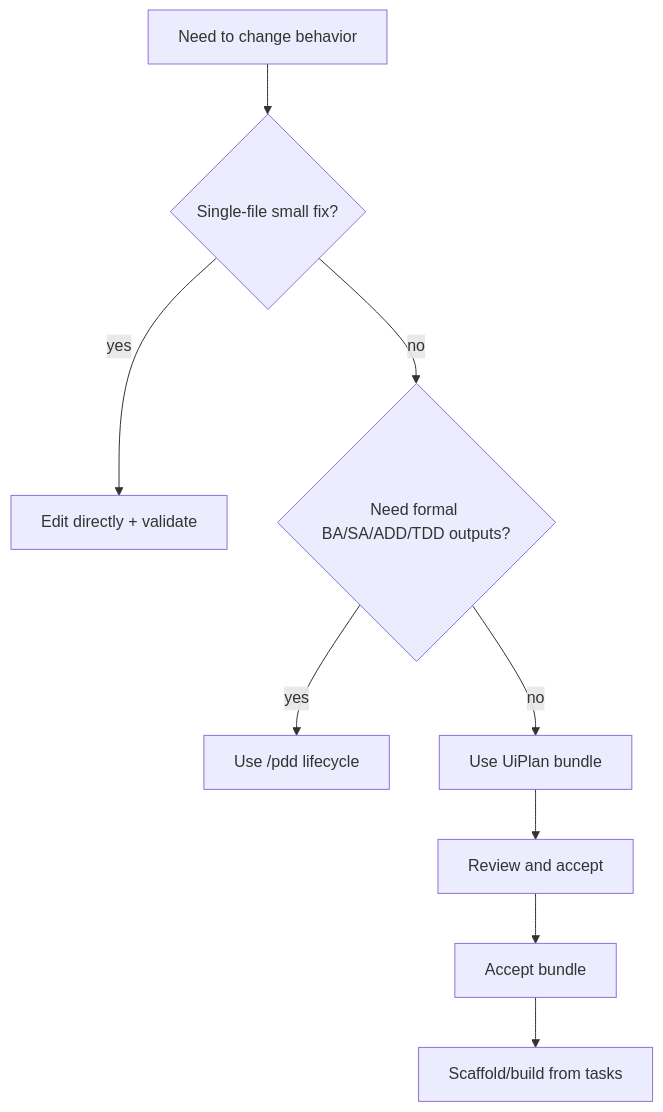
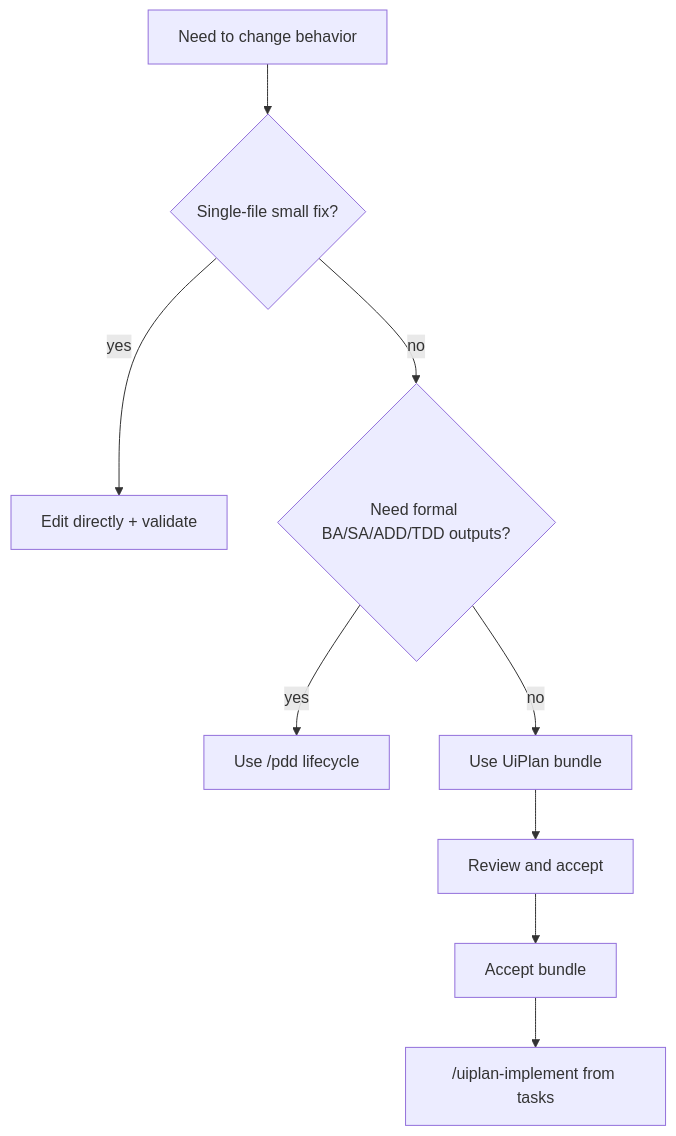
The first of 3 diagrams in docs/uiplan/README.md (DanielaRosenn/uiplan-agent-of-agents), drawn with Mermaid before and after one commit. The commit also changed other lines of this file and 25 other files, not shown here.

First line of the commit message:
uiplan: strengthen task authoring flow

````diff
--- a/docs/uiplan/README.md
+++ b/docs/uiplan/README.md
@@ -38,11 +37,11 @@
 ```mermaid
 flowchart TD
   startNode["Need to change behavior"] --> scopeNode{"Single-file small fix?"}
   scopeNode -->|yes| directNode["Edit directly + validate"]
   scopeNode -->|no| formalNode{"Need formal BA/SA/ADD/TDD outputs?"}
   formalNode -->|yes| pddNode["Use /pdd lifecycle"]
   formalNode -->|no| uiplanNode["Use UiPlan bundle"]
   uiplanNode --> reviewNode["Review and accept"]
   reviewNode --> acceptNode["Accept bundle"]
-  acceptNode --> buildNode["Scaffold/build from tasks"]
+  acceptNode --> buildNode["/uiplan-implement from tasks"]
 ```
````
